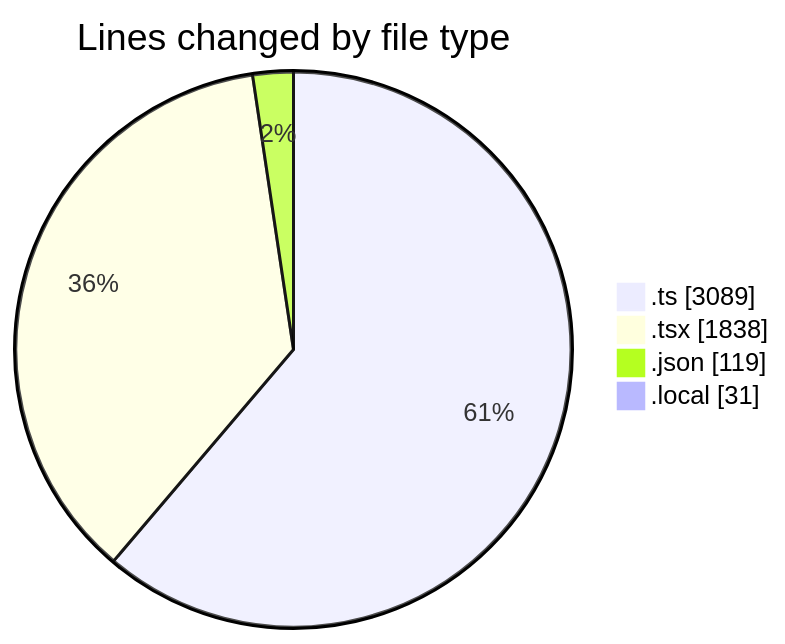
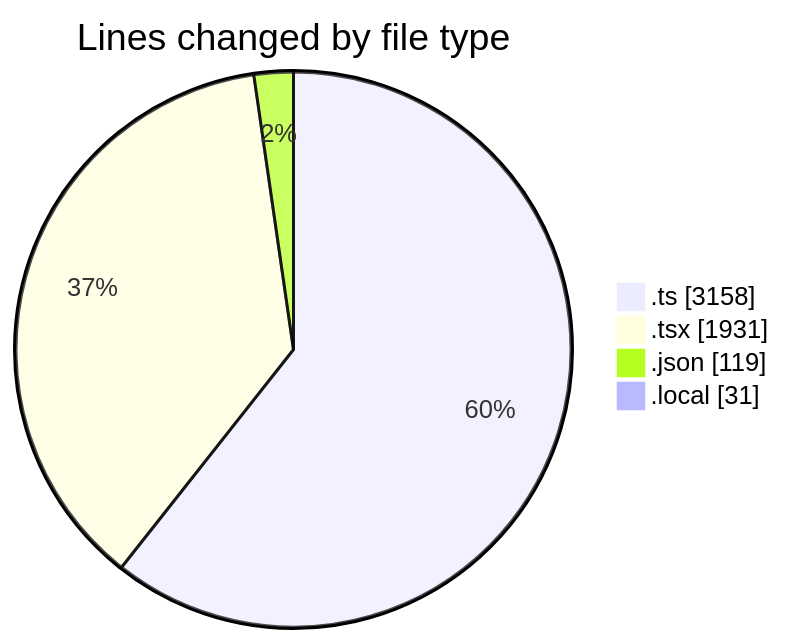
One commit to julien-gomy/code-tracking changed the first of 2 diagrams in 2025-11-10/eventscop-frontend-guide__workspace_/README.md. Above: the diagram before and after it, drawn with Mermaid. The commit also changed other lines of this file and 1 other file, not shown here.

````diff
--- a/2025-11-10/eventscop-frontend-guide__workspace_/README.md
+++ b/2025-11-10/eventscop-frontend-guide__workspace_/README.md
@@ -54,8 +54,8 @@
 ```mermaid
 pie showData
 title Lines changed by file type
-".ts" : 3089
-".tsx" : 1838
+".ts" : 3158
+".tsx" : 1931
 ".json" : 119
 ".local" : 31
 ```
````
